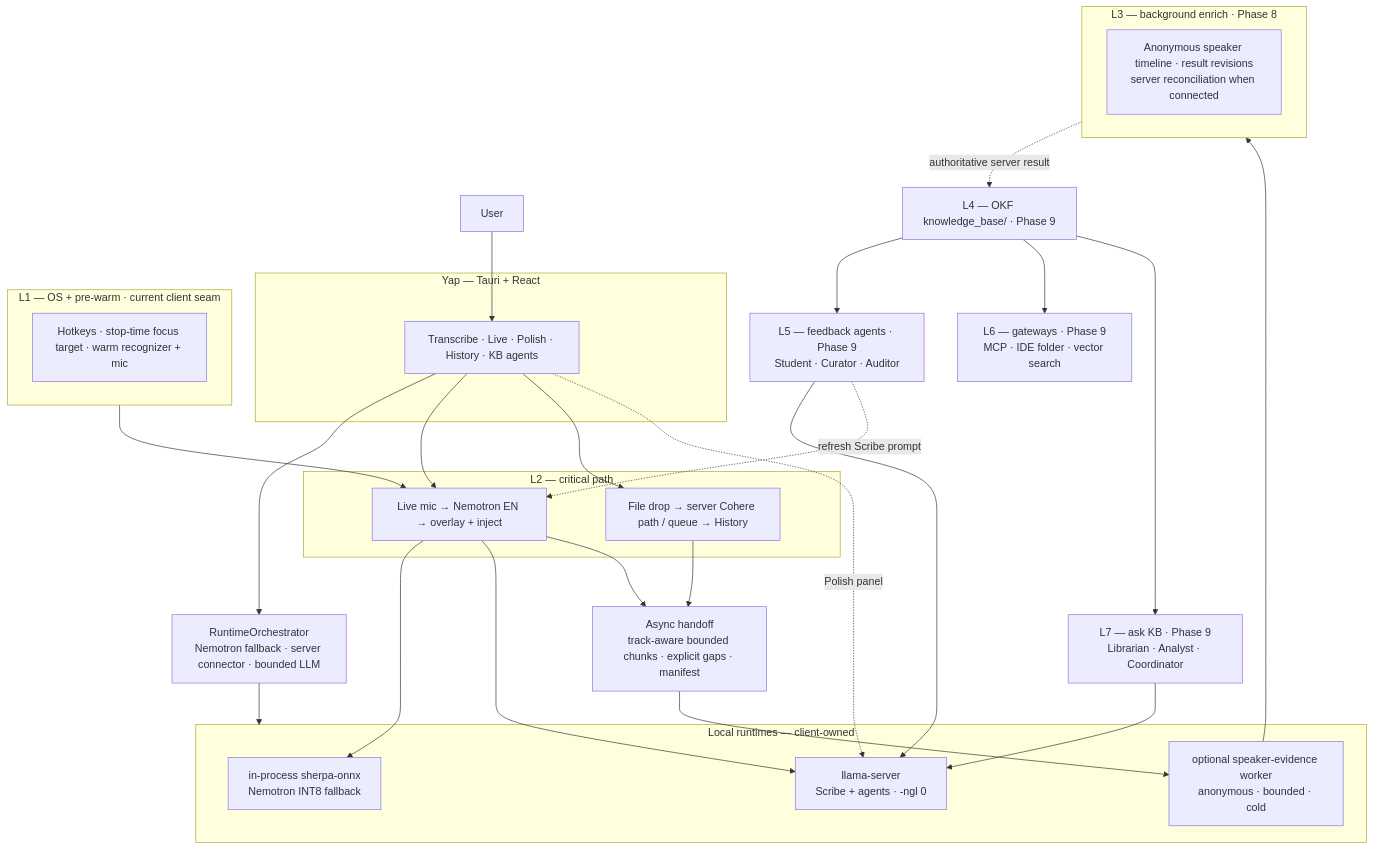
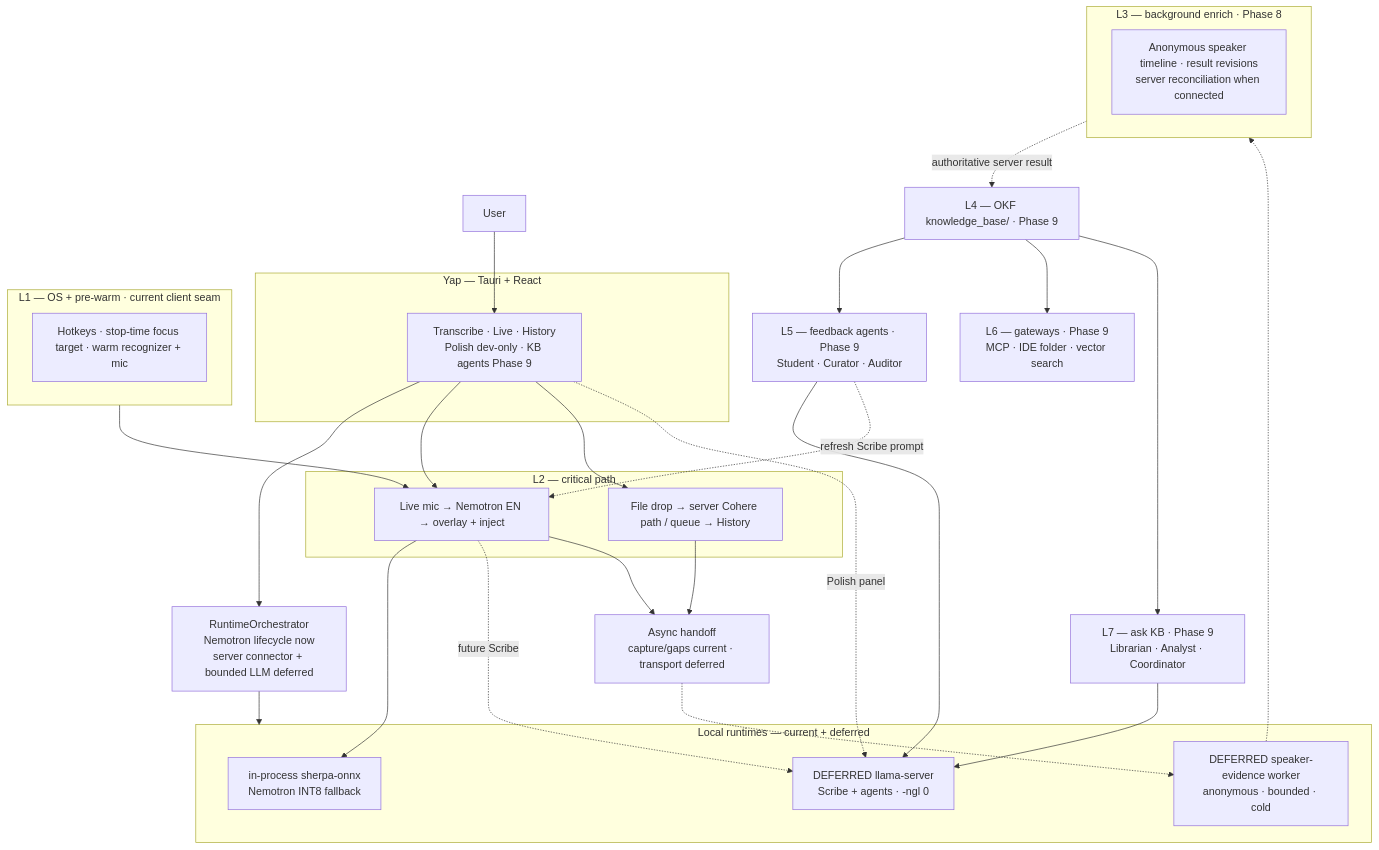
One commit to mcnatg1/yap changed the first of 4 diagrams in docs/VOICE-OS-ARCHITECTURE.md. Above: the diagram before and after it, drawn with Mermaid. The commit also changed other lines of this file and 28 other files, not shown here.

Commit message:
docs: reconcile VoiceOS architecture with implementation

````diff
--- a/docs/VOICE-OS-ARCHITECTURE.md
+++ b/docs/VOICE-OS-ARCHITECTURE.md
@@ -109,52 +111,54 @@
 ```mermaid
 flowchart TB
     User["User"]
 
     subgraph Yap["Yap — Tauri + React"]
-        UI["Transcribe · Live · Polish · History · KB agents"]
+        UI["Transcribe · Live · History<br/>Polish dev-only · KB agents Phase 9"]
     end
 
-    Orch["RuntimeOrchestrator<br/>Nemotron fallback · server connector · bounded LLM"]
+    Orch["RuntimeOrchestrator<br/>Nemotron lifecycle now<br/>server connector + bounded LLM deferred"]
 
-    subgraph Sidecars["Local runtimes — client-owned"]
+    subgraph Sidecars["Local runtimes — current + deferred"]
         CR["in-process sherpa-onnx<br/>Nemotron INT8 fallback"]
-        LL["llama-server<br/>Scribe + agents · -ngl 0"]
-        KW["optional speaker-evidence worker<br/>anonymous · bounded · cold"]
+        LL["DEFERRED llama-server<br/>Scribe + agents · -ngl 0"]
+        KW["DEFERRED speaker-evidence worker<br/>anonymous · bounded · cold"]
     end
 
     subgraph L1["L1 — OS + pre-warm · current client seam"]
         L1n["Hotkeys · stop-time focus target · warm recognizer + mic"]
     end
 
     subgraph L2["L2 — critical path"]
         Live["Live mic → Nemotron EN → overlay + inject"]
         Batch["File drop → server Cohere path / queue → History"]
     end
 
-    Handoff["Async handoff<br/>track-aware bounded chunks · explicit gaps · manifest"]
+    Handoff["Async handoff<br/>capture/gaps current · transport deferred"]
 
     subgraph L3["L3 — background enrich · Phase 8"]
         L3n["Anonymous speaker timeline · result revisions<br/>server reconciliation when connected"]
     end
 
     L4["L4 — OKF knowledge_base/ · Phase 9"]
     L5["L5 — feedback agents · Phase 9<br/>Student · Curator · Auditor"]
     L6["L6 — gateways · Phase 9<br/>MCP · IDE folder · vector search"]
     L7["L7 — ask KB · Phase 9<br/>Librarian · Analyst · Coordinator"]
 
     User --> UI --> Orch
     Orch --> Sidecars
     L1 --> Live
     UI --> Live
     UI --> Batch
-    Live --> CR & LL
+    Live --> CR
+    Live -.->|future Scribe| LL
     UI -.->|Polish panel| LL
     Live --> Handoff
     Batch --> Handoff
-    Handoff --> KW --> L3
+    Handoff -.-> KW
+    KW -.-> L3
     L3 -.->|authoritative server result| L4
     L4 --> L5 & L6 & L7
     L5 --> LL
     L7 --> LL
     L5 -.->|refresh Scribe prompt| Live
 ```
````
